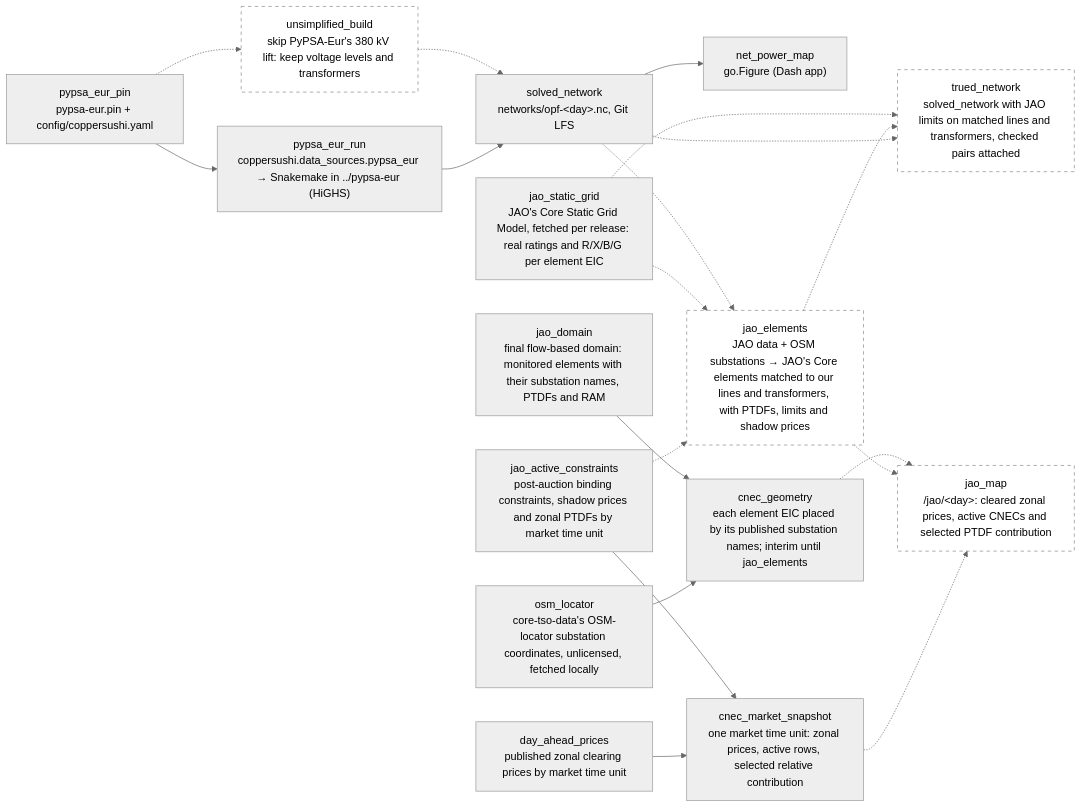
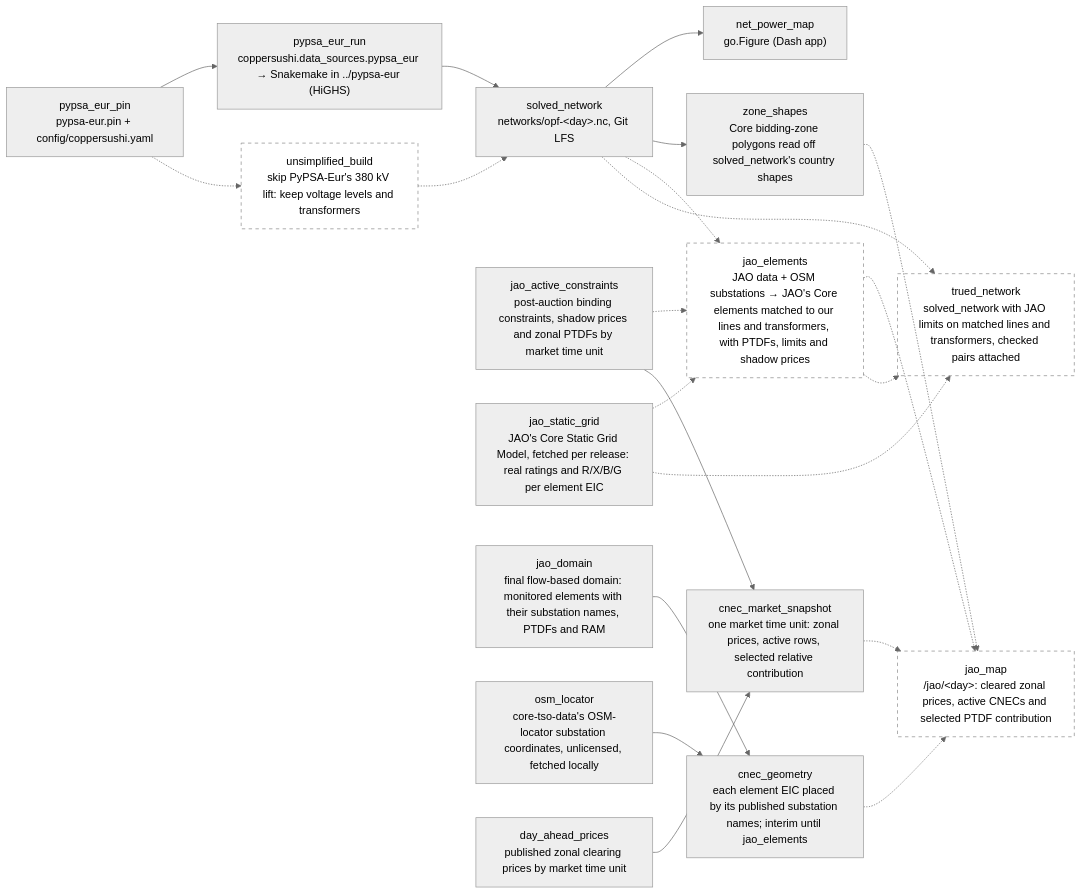
Before and after one commit to zoltanmaric/coppersushi: the diagram in wiki/sushi-2.md, drawn with Mermaid (neutral theme). The commit also changed 4 other files, not shown here.

First line of the commit message:
Read Core bidding-zone polygons off the solved network (#82)

````diff
--- a/wiki/sushi-2.md
+++ b/wiki/sushi-2.md
@@ -16,42 +16,45 @@
 ```mermaid
 flowchart LR
     classDef planned stroke-dasharray: 5 5,stroke:#888,fill:none
 
     net_power_map["net_power_map<br/>go.Figure (Dash app)"]
 
     pypsa_eur_pin["pypsa_eur_pin<br/>pypsa-eur.pin + config/coppersushi.yaml"]
     pypsa_eur_run["pypsa_eur_run<br/>coppersushi.data_sources.pypsa_eur → Snakemake in ../pypsa-eur (HiGHS)"]
     solved_network["solved_network<br/>networks/opf-&lt;day&gt;.nc, Git LFS"]
     jao_active_constraints["jao_active_constraints<br/>post-auction binding constraints, shadow prices and zonal PTDFs by market time unit"]
 
     jao_static_grid["jao_static_grid<br/>JAO's Core Static Grid Model, fetched per release: real ratings and R/X/B/G per element EIC"]
 
     unsimplified["unsimplified_build<br/>skip PyPSA-Eur's 380 kV lift: keep voltage levels and transformers"]:::planned
     jao_elements["jao_elements<br/>JAO data + OSM substations → JAO's Core elements matched to our lines and transformers, with PTDFs, limits and shadow prices"]:::planned
     jao_domain["jao_domain<br/>final flow-based domain: monitored elements with their substation names, PTDFs and RAM"]
     osm_locator["osm_locator<br/>core-tso-data's OSM-locator substation coordinates, unlicensed, fetched locally"]
     cnec_geometry["cnec_geometry<br/>each element EIC placed by its published substation names; interim until jao_elements"]
+    zone_shapes["zone_shapes<br/>Core bidding-zone polygons read off solved_network's country shapes"]
     day_ahead_prices["day_ahead_prices<br/>published zonal clearing prices by market time unit"]
     cnec_market_snapshot["cnec_market_snapshot<br/>one market time unit: zonal prices, active rows, selected relative contribution"]
     jao_map["jao_map<br/>/jao/&lt;day&gt;: cleared zonal prices, active CNECs and selected PTDF contribution"]:::planned
     trued_network["trued_network<br/>solved_network with JAO limits on matched lines and transformers, checked pairs attached"]:::planned
 
     pypsa_eur_pin --> pypsa_eur_run
     pypsa_eur_pin -.-> unsimplified
     unsimplified -.-> solved_network
     pypsa_eur_run --> solved_network
     solved_network --> net_power_map
+    solved_network --> zone_shapes
+    zone_shapes -.-> jao_map
     solved_network -.-> jao_elements
     jao_static_grid -.-> jao_elements
     jao_static_grid -.-> trued_network
     jao_active_constraints -.-> jao_elements
     jao_active_constraints --> cnec_market_snapshot
     day_ahead_prices --> cnec_market_snapshot
     jao_domain --> cnec_geometry
     osm_locator --> cnec_geometry
     cnec_geometry -.-> jao_map
     jao_elements -.-> jao_map
     cnec_market_snapshot -.-> jao_map
     jao_elements -.-> trued_network
     solved_network -.-> trued_network
 ```
````
